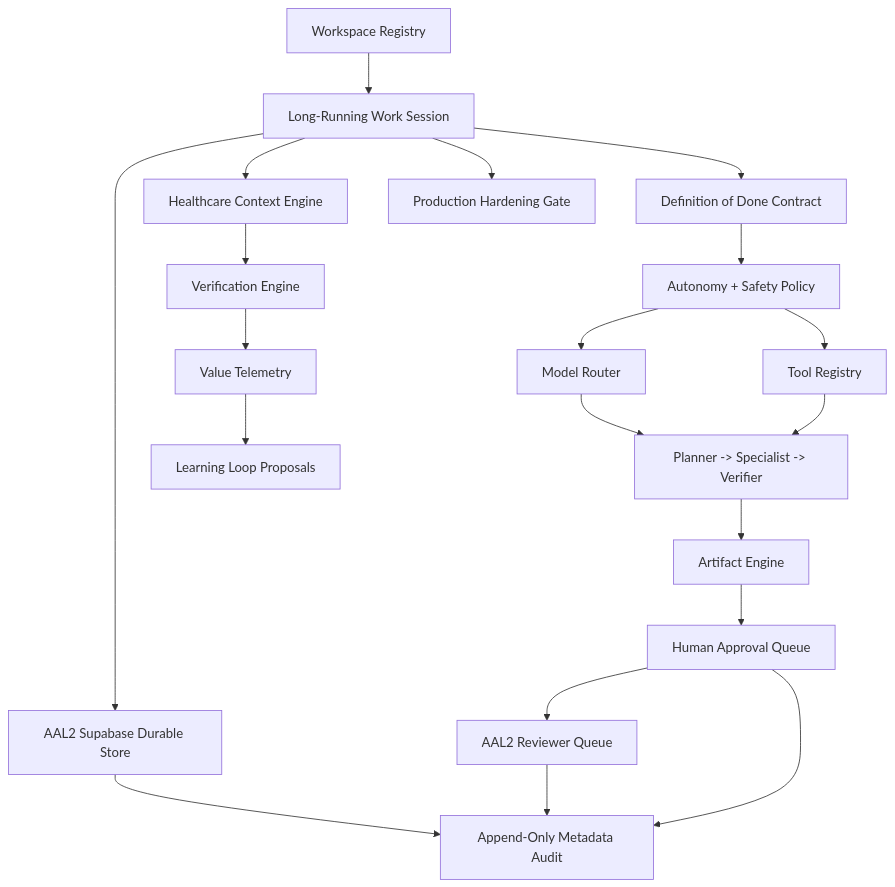
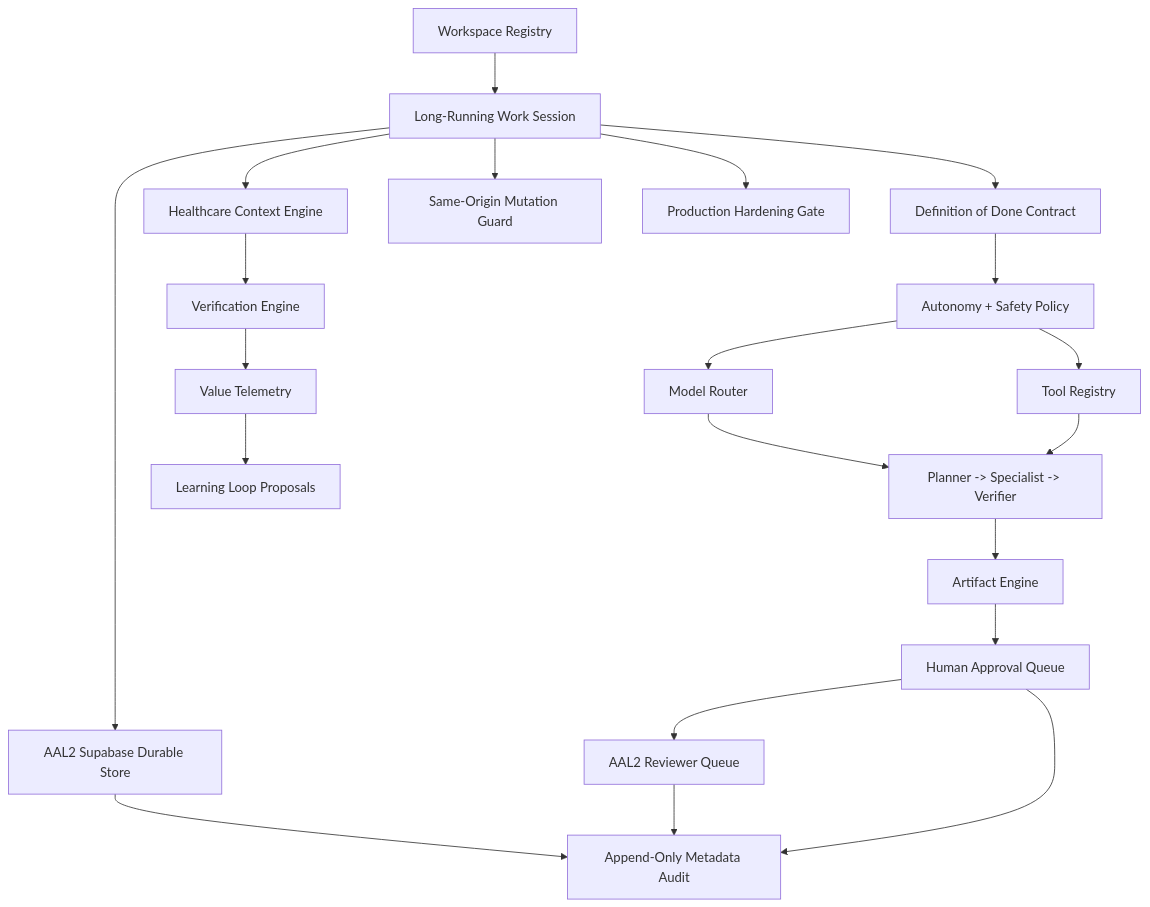
Before and after one commit to temitayodahunsi777/scrimed-site: the diagram in SCRIMED_WORK_IMPLEMENTATION_PLAN.md, drawn with Mermaid. The commit also changed other lines of this file and 36 other files, not shown here.

````diff
--- a/SCRIMED_WORK_IMPLEMENTATION_PLAN.md
+++ b/SCRIMED_WORK_IMPLEMENTATION_PLAN.md
@@ -19,22 +19,23 @@
 ```mermaid
 flowchart TD
   Workspace["Workspace Registry"] --> Session["Long-Running Work Session"]
   Session --> DOD["Definition of Done Contract"]
   DOD --> Policy["Autonomy + Safety Policy"]
   Policy --> Router["Model Router"]
   Policy --> Tools["Tool Registry"]
   Session --> Context["Healthcare Context Engine"]
   Session --> Durable["AAL2 Supabase Durable Store"]
+  Session --> CSRF["Same-Origin Mutation Guard"]
   Session --> Hardening["Production Hardening Gate"]
   Durable --> Audit["Append-Only Metadata Audit"]
   Context --> Verification["Verification Engine"]
   Router --> Orchestration["Planner -> Specialist -> Verifier"]
   Tools --> Orchestration
   Orchestration --> Artifacts["Artifact Engine"]
   Artifacts --> Approval["Human Approval Queue"]
   Approval --> ReviewQueue["AAL2 Reviewer Queue"]
   ReviewQueue --> Audit
   Verification --> Telemetry["Value Telemetry"]
   Approval --> Audit
   Telemetry --> Learning["Learning Loop Proposals"]
 ```
````
